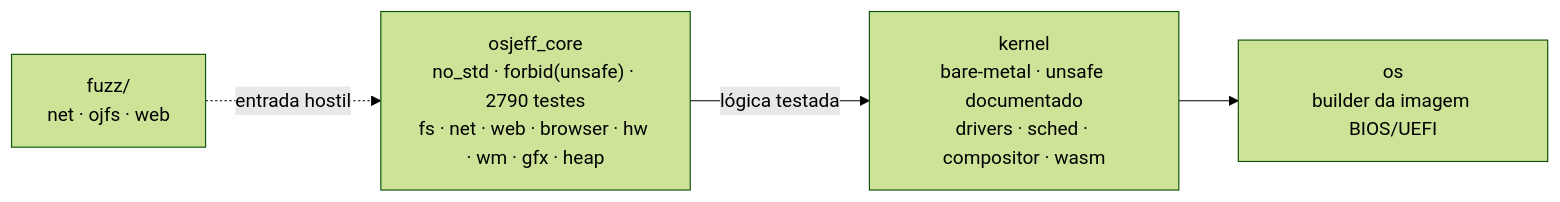
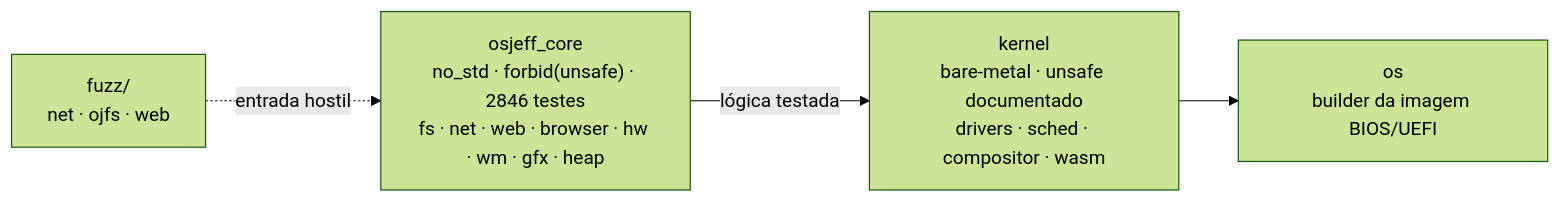
One commit to Jeffinp/OSjeff changed the diagram in README.md. Above: the diagram before and after it, drawn with Mermaid (forest theme). The commit also changed other lines of this file and 3 other files, not shown here.

````diff
--- a/README.md
+++ b/README.md
@@ -101,9 +101,9 @@
 ```mermaid
 flowchart LR
-    CORE["osjeff_core<br/>no_std · forbid(unsafe) · 2790 testes<br/>fs · net · web · browser · hw · wm · gfx · heap"]
+    CORE["osjeff_core<br/>no_std · forbid(unsafe) · 2846 testes<br/>fs · net · web · browser · hw · wm · gfx · heap"]
     KERNEL["kernel<br/>bare-metal · unsafe documentado<br/>drivers · sched · compositor · wasm"]
     OS["os<br/>builder da imagem BIOS/UEFI"]
     FUZZ["fuzz/<br/>net · ojfs · web"]
     CORE -->|lógica testada| KERNEL --> OS
     FUZZ -.->|entrada hostil| CORE
 ```
````
